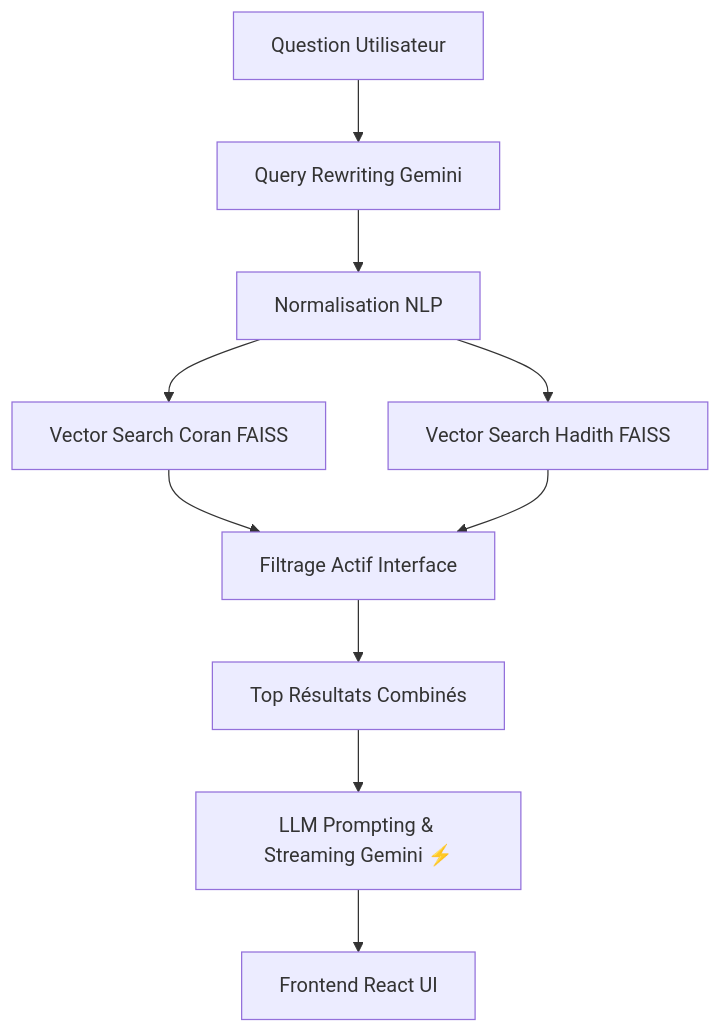
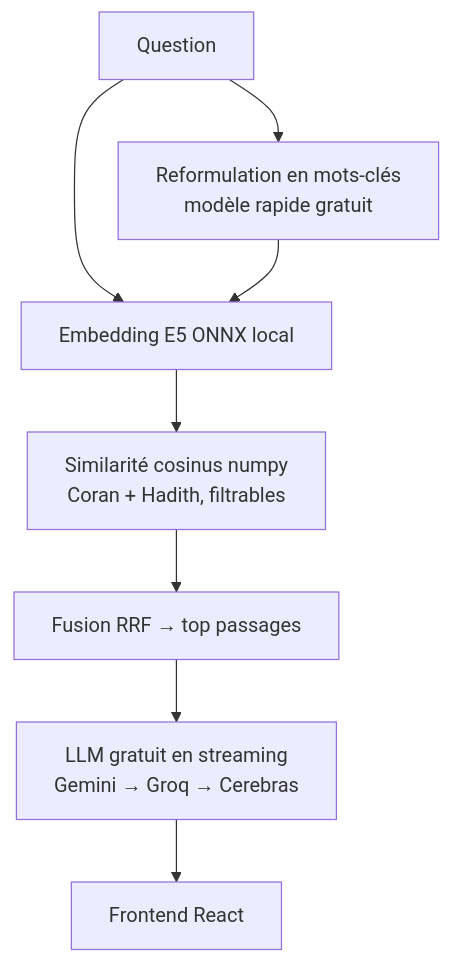
The diagram in README.md (bibalaye/corangpt), drawn with Mermaid before and after one commit. The commit also changed other lines of this file and 51 other files, not shown here.

````diff
--- a/README.md
+++ b/README.md
@@ -75,15 +58,10 @@
 ```mermaid
 graph TD;
-    Q[Question Utilisateur] --> R[Query Rewriting Gemini]
-    R --> N[Normalisation NLP]
-    
-    N --> V_Q[Vector Search Coran FAISS]
-    N --> V_H[Vector Search Hadith FAISS]
-    
-    V_Q --> F[Filtrage Actif Interface]
-    V_H --> F
-    
-    F --> C[Top Résultats Combinés]
-    C --> G[LLM Prompting & Streaming Gemini ⚡]
-    G --> U[Frontend React UI]
+    Q[Question] --> R[Reformulation en mots-clés<br/>modèle rapide gratuit]
+    Q --> E[Embedding E5 ONNX local]
+    R --> E
+    E --> S[Similarité cosinus numpy<br/>Coran + Hadith, filtrables]
+    S --> F[Fusion RRF → top passages]
+    F --> G[LLM gratuit en streaming<br/>Gemini → Groq → Cerebras]
+    G --> U[Frontend React]
 ```
````
